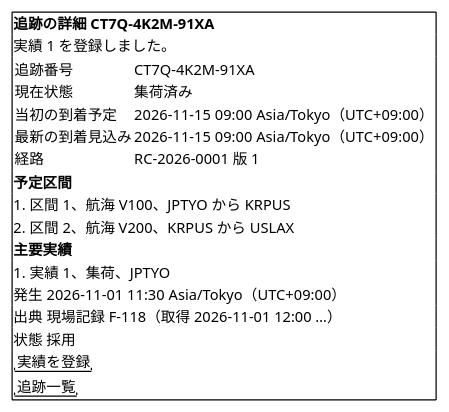
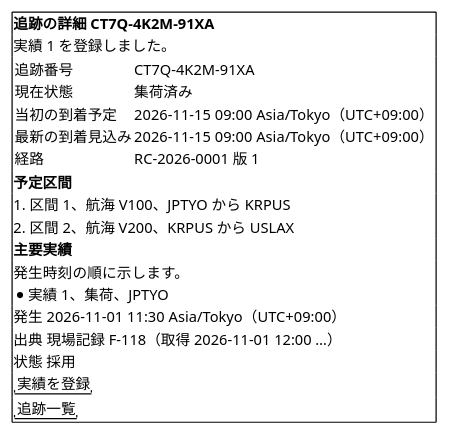
Diagram 20 of 23 in docs/design/cargo-tracker/ui_design.md (k2works/practical-domain-driven-design-in-enterpris-application), drawn with PlantUML before and after one commit. The commit also changed other lines of this file and 14 other files, not shown here.

````diff
--- a/docs/design/cargo-tracker/ui_design.md
+++ b/docs/design/cargo-tracker/ui_design.md
@@ -776,25 +776,26 @@
 ```plantuml
 @startsalt
 {+
   <b>追跡の詳細 CT7Q-4K2M-91XA
   実績 1 を登録しました。
   {
     追跡番号 | CT7Q-4K2M-91XA
     現在状態 | 集荷済み
     当初の到着予定 | 2026-11-15 09:00 Asia/Tokyo（UTC+09:00）
     最新の到着見込み | 2026-11-15 09:00 Asia/Tokyo（UTC+09:00）
     経路 | RC-2026-0001 版 1
   }
   <b>予定区間
   1. 区間 1、航海 V100、JPTYO から KRPUS
   2. 区間 2、航海 V200、KRPUS から USLAX
   <b>主要実績
-  1. 実績 1、集荷、JPTYO
+  発生時刻の順に示します。
+  * 実績 1、集荷、JPTYO
      発生 2026-11-01 11:30 Asia/Tokyo（UTC+09:00）
      出典 現場記録 F-118（取得 2026-11-01 12:00 …）
      状態 採用
   "実績を登録"
   "追跡一覧"
 }
 @endsalt
 ```
````
